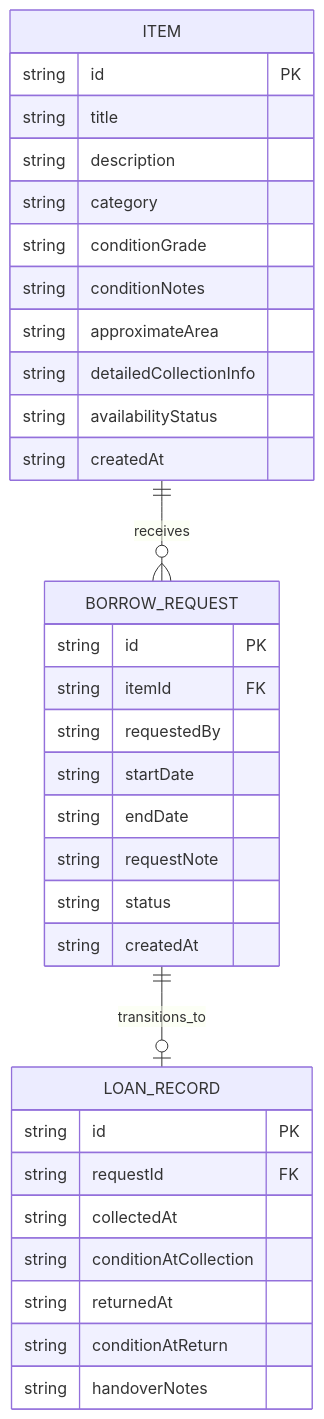
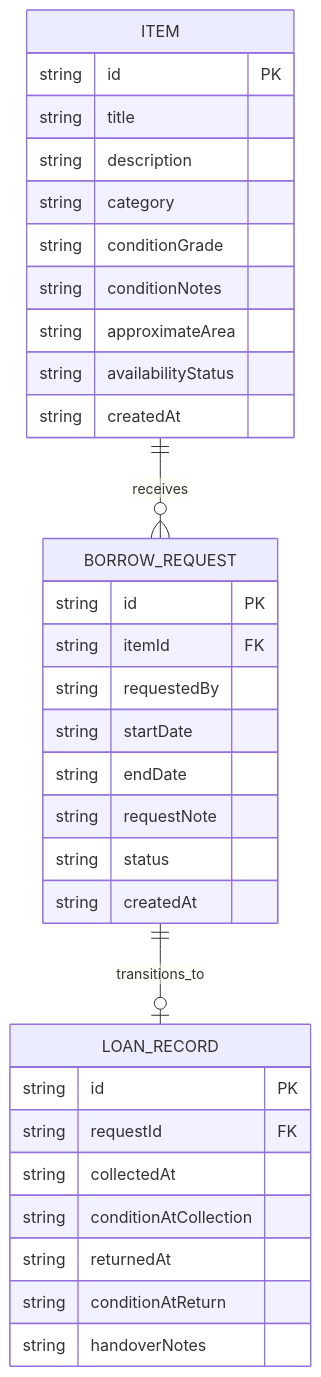
Before and after one commit to muhammadtaimoorajmal/BorrowNest: the diagram in docs/ARCHITECTURE.md, drawn with Mermaid. The commit also changed other lines of this file and 19 other files, not shown here.

````diff
--- a/docs/ARCHITECTURE.md
+++ b/docs/ARCHITECTURE.md
@@ -79,36 +93,35 @@
 ```mermaid
 erDiagram
     ITEM {
         string id PK
         string title
         string description
         string category
         string conditionGrade
         string conditionNotes
         string approximateArea
-        string detailedCollectionInfo
         string availabilityStatus
         string createdAt
     }
     BORROW_REQUEST {
         string id PK
         string itemId FK
         string requestedBy
         string startDate
         string endDate
         string requestNote
         string status
         string createdAt
     }
     LOAN_RECORD {
         string id PK
         string requestId FK
         string collectedAt
         string conditionAtCollection
         string returnedAt
         string conditionAtReturn
         string handoverNotes
     }
     ITEM ||--o{ BORROW_REQUEST : receives
     BORROW_REQUEST ||--o| LOAN_RECORD : transitions_to
 ```
````
